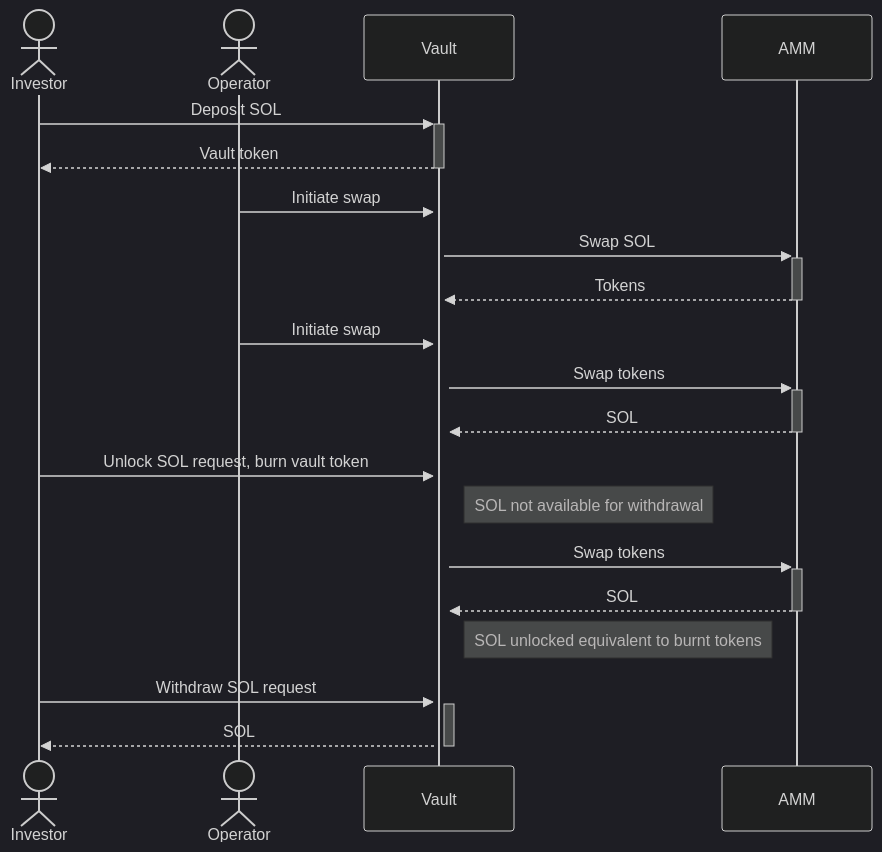
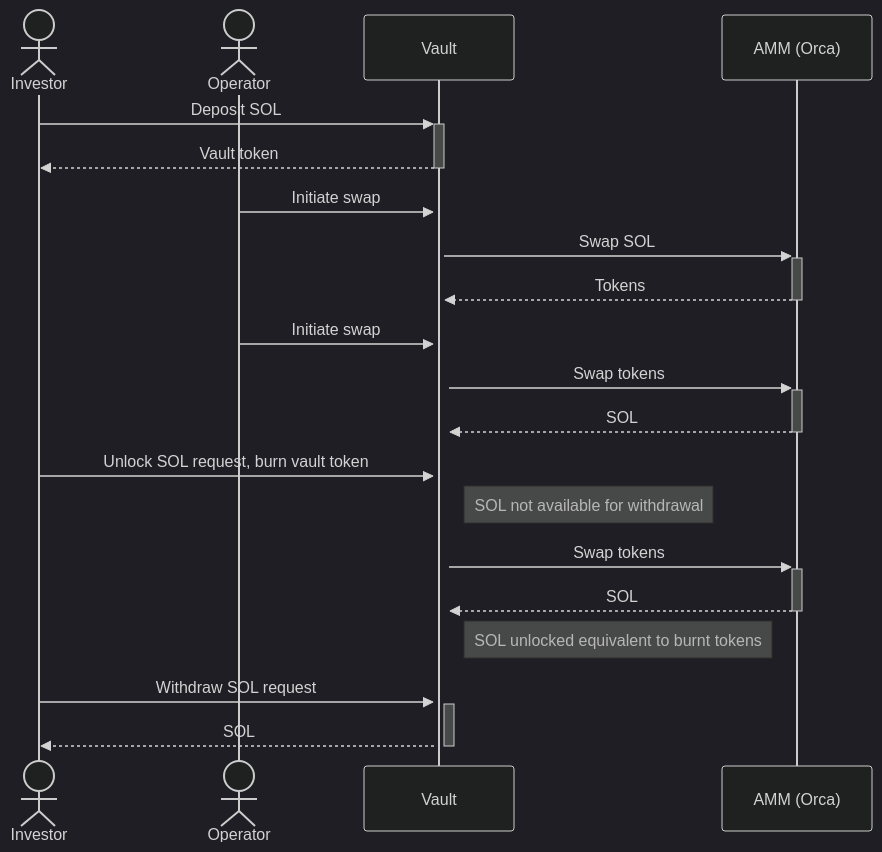
The second of 8 diagrams in docs/Architecture.md (n3m6/Q2_25_Builder_Faraz), drawn with Mermaid (dark theme) before and after one commit. The commit also changed other lines of this file, not shown here.

Commit message:
updated docs with equation, and AMM details

````diff
--- a/docs/Architecture.md
+++ b/docs/Architecture.md
@@ -39,22 +39,22 @@
 ```mermaid
 sequenceDiagram
     actor Investor
     actor Operator
     participant Vault
-    participant AMM
+    participant AMM (Orca)
     Investor->>+Vault: Deposit SOL
     Vault-->>-Investor: Vault token
     Operator->>+Vault:Initiate swap
-    Vault->>+AMM: Swap SOL
-    AMM-->>-Vault: Tokens
+    Vault->>+AMM (Orca): Swap SOL
+    AMM (Orca)-->>-Vault: Tokens
     Operator->>+Vault:Initiate swap
-    Vault->>+AMM: Swap tokens
-    AMM-->>-Vault: SOL
+    Vault->>+AMM (Orca): Swap tokens
+    AMM (Orca)-->>-Vault: SOL
     Investor->>Vault: Unlock SOL request, burn vault token
     Note right of Vault: SOL not available for withdrawal
-    Vault->>+AMM: Swap tokens
-    AMM-->>-Vault: SOL
+    Vault->>+AMM (Orca): Swap tokens
+    AMM (Orca)-->>-Vault: SOL
     Note right of Vault: SOL unlocked equivalent to burnt tokens
     Investor->>+Vault: Withdraw SOL request
     Vault-->>-Investor: SOL
 ```
````
